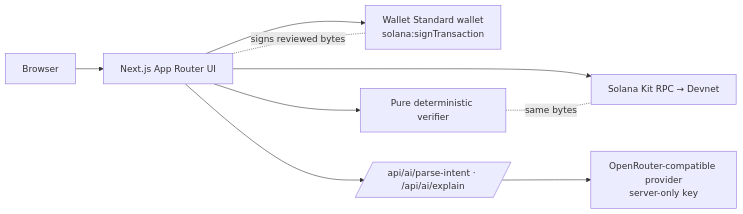
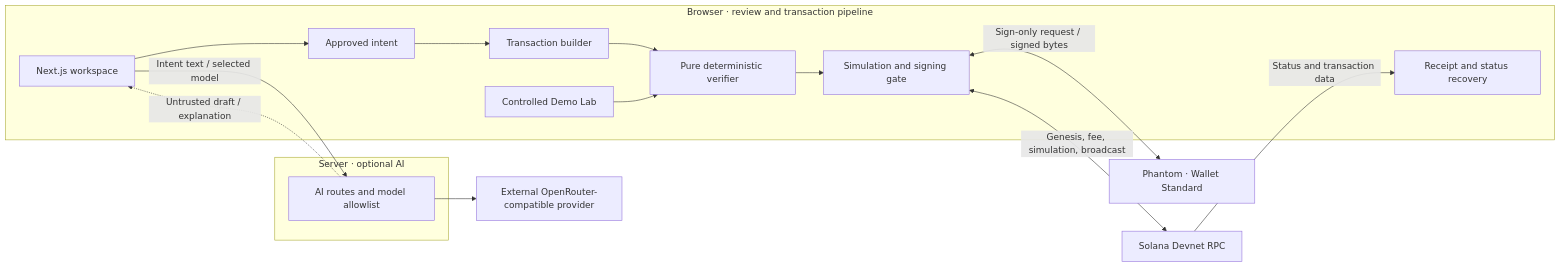
Before and after one commit to lidxgoesgiri/IntentShield: the second of 2 diagrams in README.md, drawn with Mermaid. The commit also changed other lines of this file, not shown here.

First line of the commit message:
docs: restructure README with demo video, setup guide and evidence (#15)

````diff
--- a/README.md
+++ b/README.md
@@ -55,11 +192,20 @@
 ```mermaid
 flowchart LR
-  U[Browser] --> UI[Next.js App Router UI]
-  UI --> W[Wallet Standard wallet<br/>solana:signTransaction]
-  UI --> V[Pure deterministic verifier]
-  UI --> RPC[Solana Kit RPC → Devnet]
-  UI --> AI[/api/ai/parse-intent · /api/ai/explain/]
-  AI --> P[OpenRouter-compatible provider<br/>server-only key]
-  V -. same bytes .- RPC
-  W -. signs reviewed bytes .- UI
+    subgraph Browser["Browser · review and transaction pipeline"]
+        UI["Next.js workspace"] --> Intent["Approved intent"]
+        Intent --> Builder["Transaction builder"]
+        Builder --> Verifier["Pure deterministic verifier"]
+        Verifier --> Gate["Simulation and signing gate"]
+        Lab["Controlled Demo Lab"] --> Verifier
+        Receipt["Receipt and status recovery"]
+    end
+    subgraph Server["Server · optional AI"]
+        API["AI routes and model allowlist"]
+    end
+    API --> Provider["External OpenRouter-compatible provider"]
+    UI -->|"Intent text / selected model"| API
+    API -.->|"Untrusted draft / explanation"| UI
+    Gate <-->|"Sign-only request / signed bytes"| Wallet["Phantom · Wallet Standard"]
+    Gate <-->|"Genesis, fee, simulation, broadcast"| RPC["Solana Devnet RPC"]
+    RPC -->|"Status and transaction data"| Receipt
 ```
````
